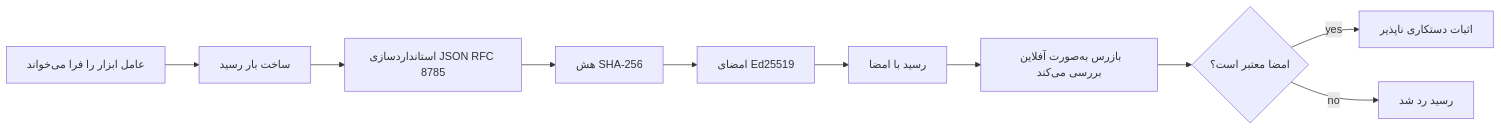
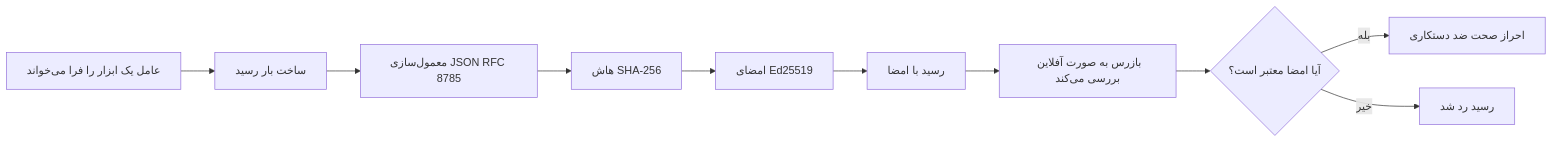
Before and after one commit to gabrielmoreira/agent-skills-mirror: the first of 2 diagrams in mirrors/repos/microsoft@ai-agents-for-beginners/translations/fa/18-securing-ai-agents/README.md, drawn with Mermaid. The commit also changed other lines of this file and 2285 other files, not shown here.

````diff
--- a/mirrors/repos/microsoft@ai-agents-for-beginners/translations/fa/18-securing-ai-agents/README.md
+++ b/mirrors/repos/microsoft@ai-agents-for-beginners/translations/fa/18-securing-ai-agents/README.md
@@ -51,12 +51,12 @@
 ```mermaid
 flowchart LR
-    A[عامل ابزار را فرا می‌خواند] --> B[ساخت بار رسید]
-    B --> C[استانداردسازی JSON RFC 8785]
-    C --> D[هش SHA-256]
+    A[عامل یک ابزار را فرا می‌خواند] --> B[ساخت بار رسید]
+    B --> C[معمول‌سازی JSON RFC 8785]
+    C --> D[هاش SHA-256]
     D --> E[امضای Ed25519]
     E --> F[رسید با امضا]
-    F --> G[بازرس به‌صورت آفلاین بررسی می‌کند]
-    G --> H{امضا معتبر است؟}
-    H -- yes --> I[اثبات دستکاری ناپذیر]
-    H -- no --> J[رسید رد شد]
+    F --> G[بازرس به صورت آفلاین بررسی می‌کند]
+    G --> H{آیا امضا معتبر است؟}
+    H -- بله --> I[احراز صحت ضد دستکاری]
+    H -- خیر --> J[رسید رد شد]
 ```
````
